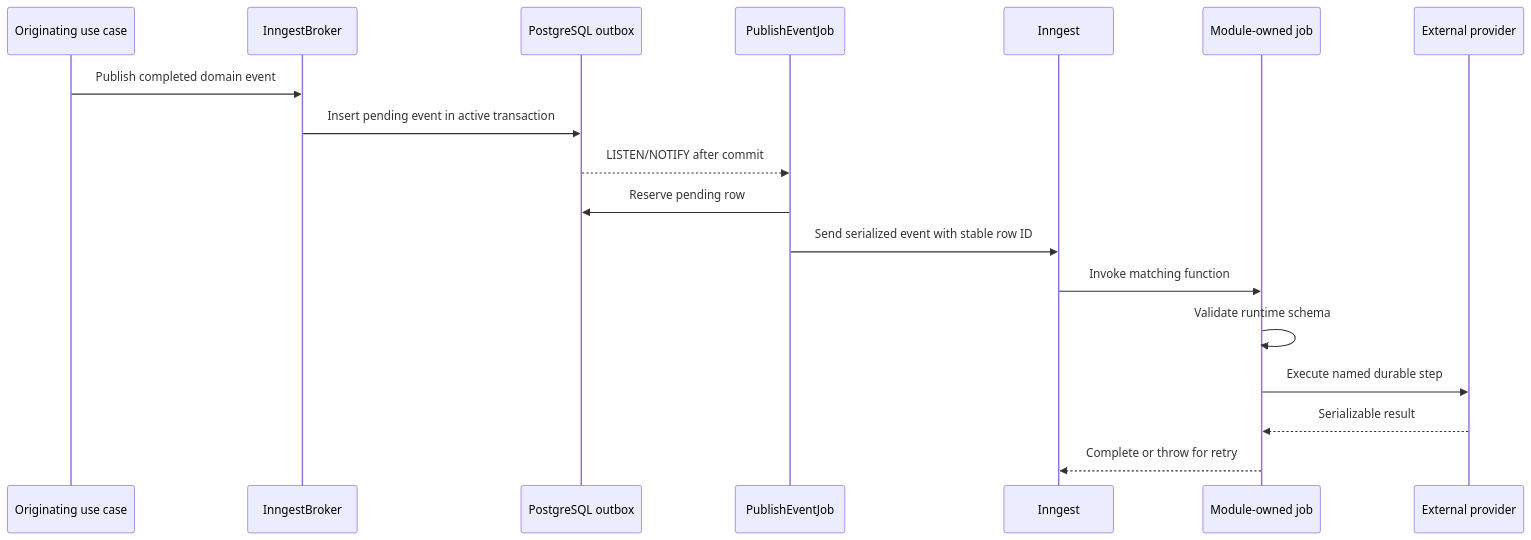
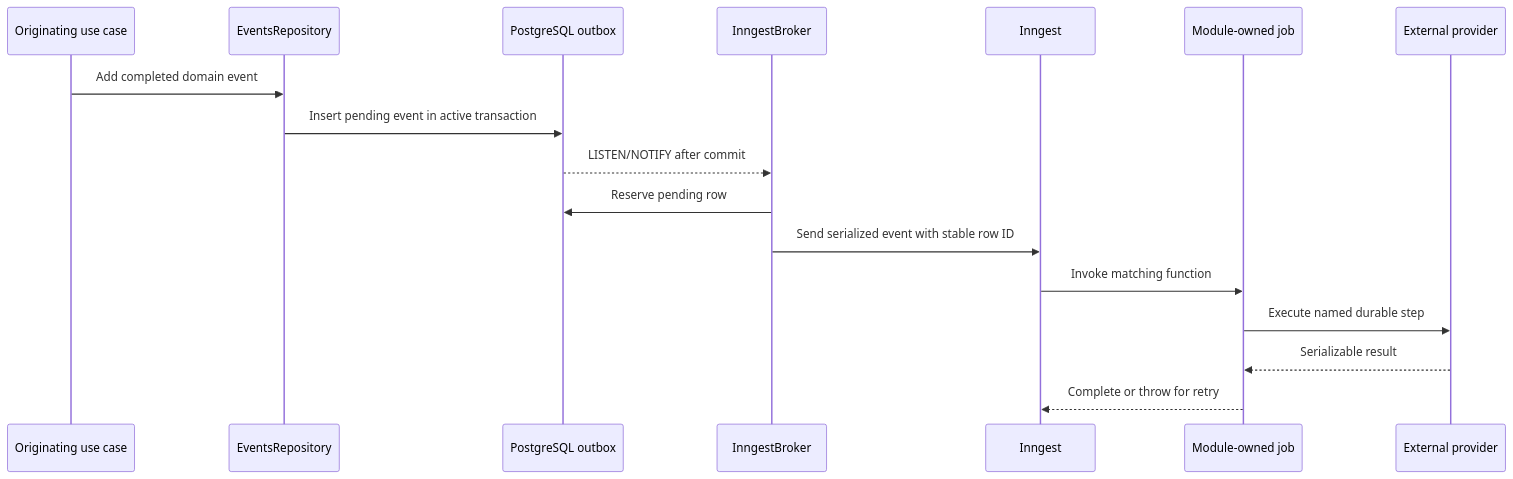
One commit to rafinel/scoops changed the fourth of 4 diagrams in documentation/architecture.md. Above: the diagram before and after it, drawn with Mermaid. The commit also changed other lines of this file and 217 other files, not shown here.

First line of the commit message:
refactor: replace broker outbox with events repository

````diff
--- a/documentation/architecture.md
+++ b/documentation/architecture.md
@@ -396,21 +396,20 @@
 ```mermaid
 sequenceDiagram
   participant Core as Originating use case
-  participant Broker as InngestBroker
+  participant Events as EventsRepository
   participant DB as PostgreSQL outbox
-  participant Publisher as PublishEventJob
+  participant Publisher as InngestBroker
   participant Inngest as Inngest
   participant Job as Module-owned job
   participant Provider as External provider
 
-  Core->>Broker: Publish completed domain event
-  Broker->>DB: Insert pending event in active transaction
+  Core->>Events: Add completed domain event
+  Events->>DB: Insert pending event in active transaction
   DB-->>Publisher: LISTEN/NOTIFY after commit
   Publisher->>DB: Reserve pending row
   Publisher->>Inngest: Send serialized event with stable row ID
   Inngest->>Job: Invoke matching function
-  Job->>Job: Validate runtime schema
   Job->>Provider: Execute named durable step
   Provider-->>Job: Serializable result
   Job-->>Inngest: Complete or throw for retry
 ```
````
